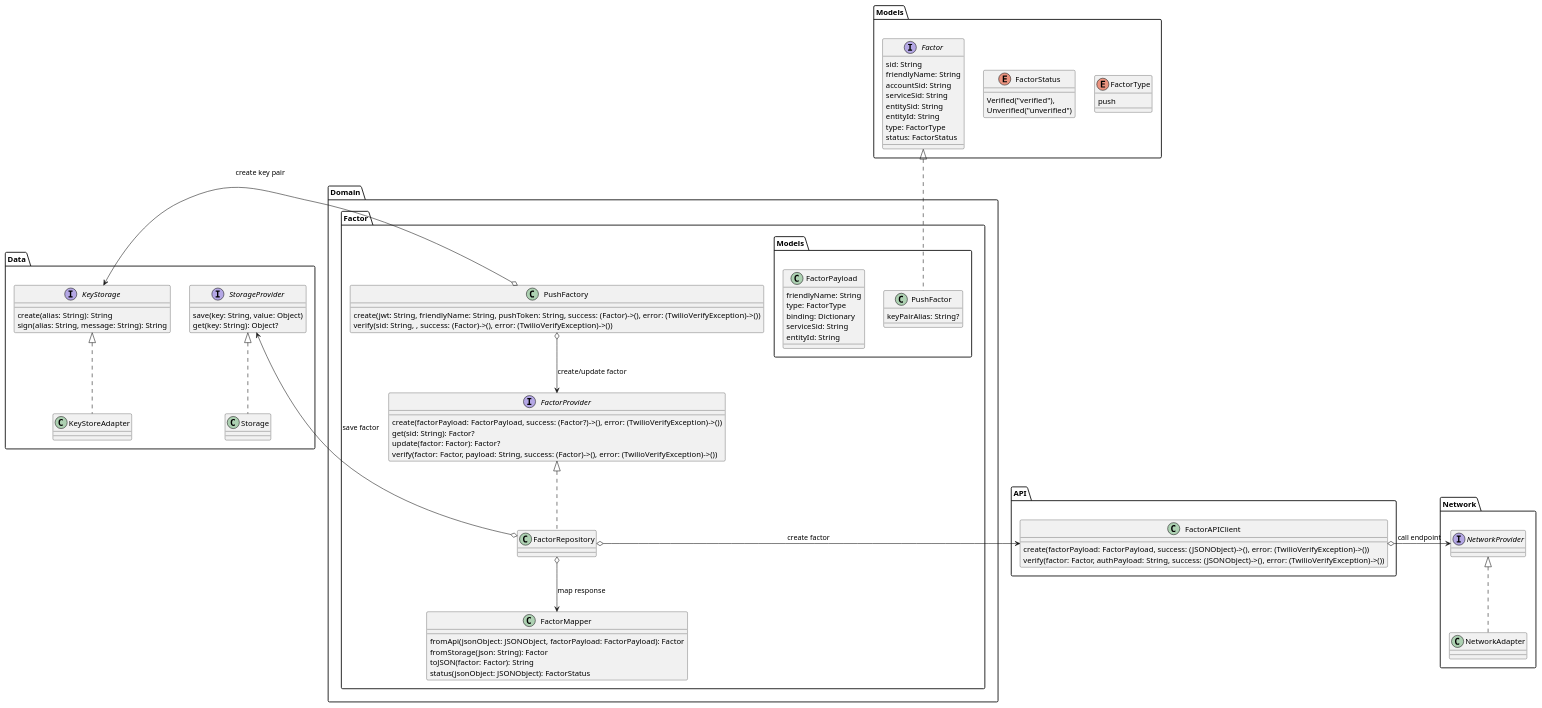
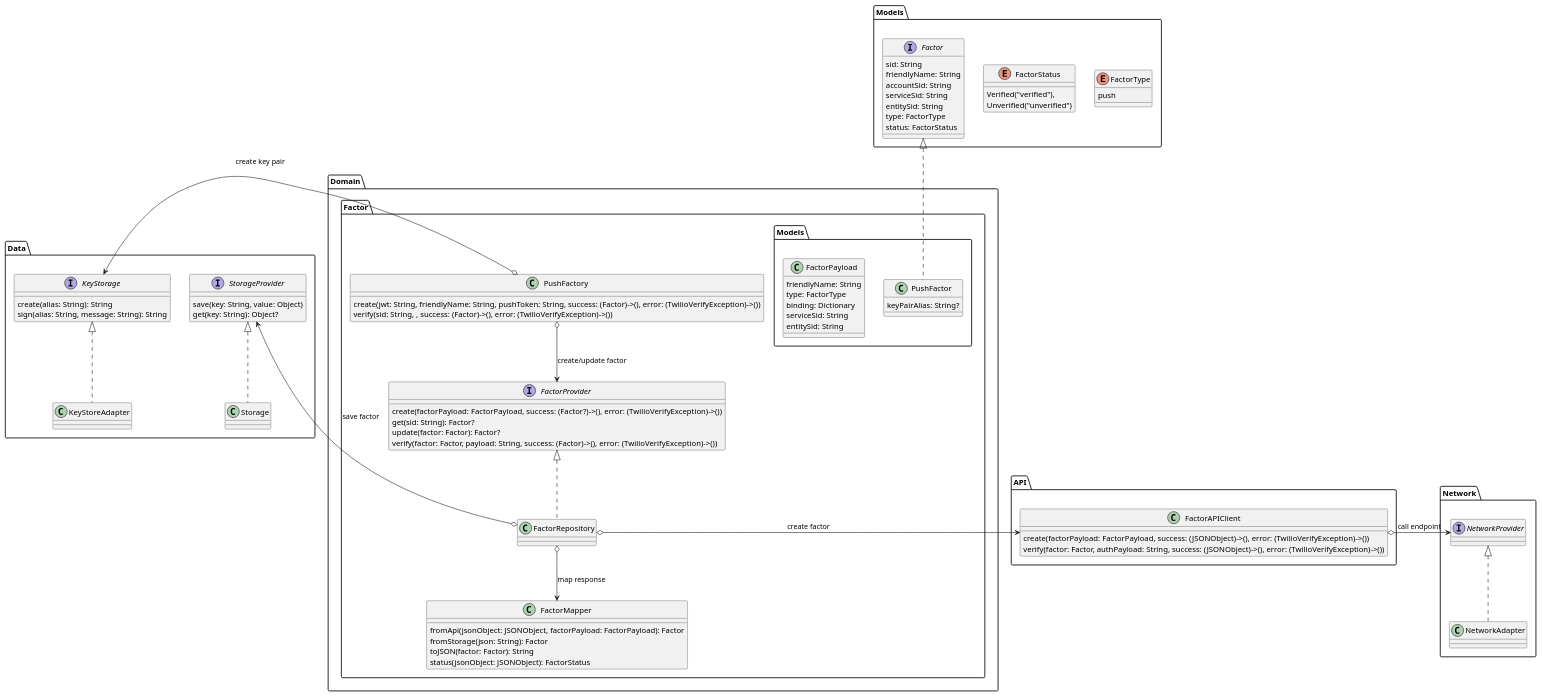
The diagram in diagrams/CreatePushFactor/CreatePushFactor.wsd (twilio/twilio-verify-android), drawn with PlantUML before and after one commit. The commit also changed 16 other files, not shown here.

```diff
--- a/diagrams/CreatePushFactor/CreatePushFactor.wsd
+++ b/diagrams/CreatePushFactor/CreatePushFactor.wsd
@@ -1,75 +1,74 @@
 @startuml Create push factor
 enum Models.FactorType {
     push
 }
 enum Models.FactorStatus {
     Verified("verified"),
     Unverified("unverified")
 }
 interface Models.Factor {
     sid: String
     friendlyName: String
     accountSid: String
     serviceSid: String
     entitySid: String
-    entityId: String
     type: FactorType
     status: FactorStatus
 }
 class Domain.Factor.Models.PushFactor implements Models.Factor {
     keyPairAlias: String?
 }
 class Domain.Factor.Models.FactorPayload {
     friendlyName: String
     type: FactorType
     binding: Dictionary
     serviceSid: String
-    entityId: String
+    entitySid: String
 }
 class Domain.Factor.FactorMapper {
     fromApi(jsonObject: JSONObject, factorPayload: FactorPayload): Factor
     fromStorage(json: String): Factor
     toJSON(factor: Factor): String
     status(jsonObject: JSONObject): FactorStatus
 }
 class API.FactorAPIClient {
     create(factorPayload: FactorPayload, success: (JSONObject)->(), error: (TwilioVerifyException)->())
     verify(factor: Factor, authPayload: String, success: (JSONObject)->(), error: (TwilioVerifyException)->())
 }
 class Network.NetworkAdapter implements Network.NetworkProvider {
 
 }
 interface Data.StorageProvider {
     save(key: String, value: Object)
     get(key: String): Object?
 }
 class Data.Storage implements Data.StorageProvider {
 
 }
 interface Data.KeyStorage {
     create(alias: String): String
     sign(alias: String, message: String): String
 }
 class Data.KeyStoreAdapter implements Data.KeyStorage {
 
 }
 interface Domain.Factor.FactorProvider {
     create(factorPayload: FactorPayload, success: (Factor?)->(), error: (TwilioVerifyException)->())
     get(sid: String): Factor?
     update(factor: Factor): Factor?
     verify(factor: Factor, payload: String, success: (Factor)->(), error: (TwilioVerifyException)->())
 }
 class Domain.Factor.FactorRepository implements Domain.Factor.FactorProvider {
 
 }
 class Domain.Factor.PushFactory {
     create(jwt: String, friendlyName: String, pushToken: String, success: (Factor)->(), error: (TwilioVerifyException)->())
     verify(sid: String, , success: (Factor)->(), error: (TwilioVerifyException)->())
 }
 Domain.Factor.PushFactory o-left-> Data.KeyStorage: create key pair
 Domain.Factor.PushFactory o--> Domain.Factor.FactorProvider: create/update factor
 Domain.Factor.FactorRepository o-left-> Data.StorageProvider: save factor
 Domain.Factor.FactorRepository o-right-> API.FactorAPIClient: create factor
 Domain.Factor.FactorRepository o--> Domain.Factor.FactorMapper: map response
 API.FactorAPIClient o-right-> Network.NetworkProvider: call endpoint
 @enduml
```
